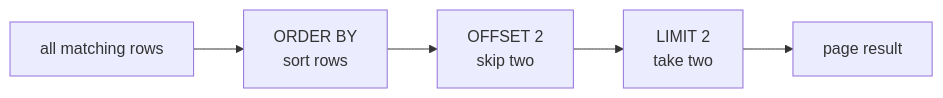
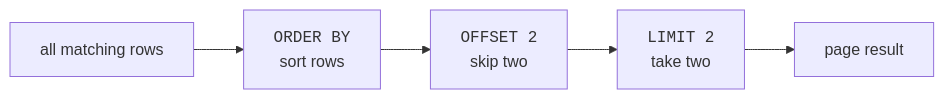
Before and after one commit to dataslope/dataslope: the third of 4 diagrams in content/learn/sqlite-for-beginners/sorting-and-limiting.mdx, drawn with Mermaid. The commit also changed other lines of this file and 56 other files, not shown here.

````diff
--- a/content/learn/sqlite-for-beginners/sorting-and-limiting.mdx
+++ b/content/learn/sqlite-for-beginners/sorting-and-limiting.mdx
@@ -194,7 +194,7 @@
 ```mermaid
 flowchart LR
-    A["all matching rows"] --> S["ORDER BY<br/>sort rows"]
-    S --> O["OFFSET 2<br/>skip two"]
-    O --> L["LIMIT 2<br/>take two"]
+    A["all matching rows"] --> S["<code>ORDER BY</code><br/>sort rows"]
+    S --> O["<code>OFFSET 2</code><br/>skip two"]
+    O --> L["<code>LIMIT 2</code><br/>take two"]
     L --> R["page result"]
 ```
````
